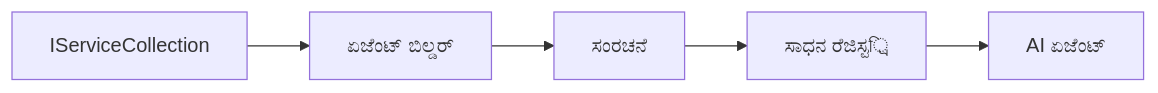
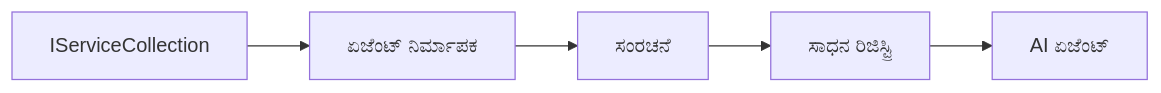
One commit to venturemavenwill/azureaifundamentals changed the diagram in translations/kn/03-agentic-design-patterns/code_samples/03-dotnet-agent-framework.md. Above: the diagram before and after it, drawn with Mermaid. The commit also changed other lines of this file and 2002 other files, not shown here.

````diff
--- a/translations/kn/03-agentic-design-patterns/code_samples/03-dotnet-agent-framework.md
+++ b/translations/kn/03-agentic-design-patterns/code_samples/03-dotnet-agent-framework.md
@@ -41,7 +41,7 @@
 ```mermaid
 graph LR
-    A[IServiceCollection] --> B[ಏಜೆಂಟ್ ಬಿಲ್ಡರ್]
+    A[IServiceCollection] --> B[ಏಜೆಂಟ್ ನಿರ್ಮಾಪಕ]
     B --> C[ಸಂರಚನೆ]
-    C --> D[ಸಾಧನ ರೆಜಿಸ್ಟ্রি]
+    C --> D[ಸಾಧನ ರಿಜಿಸ್ಟ್ರಿ]
     D --> E[AI ಏಜೆಂಟ್]
 ```
````
